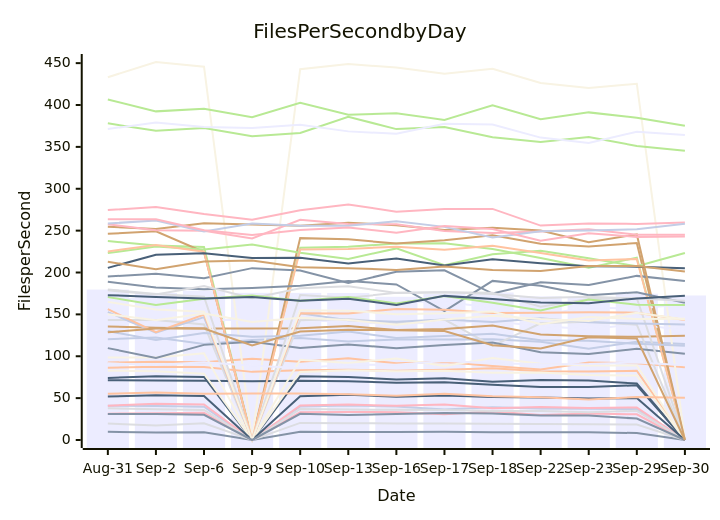
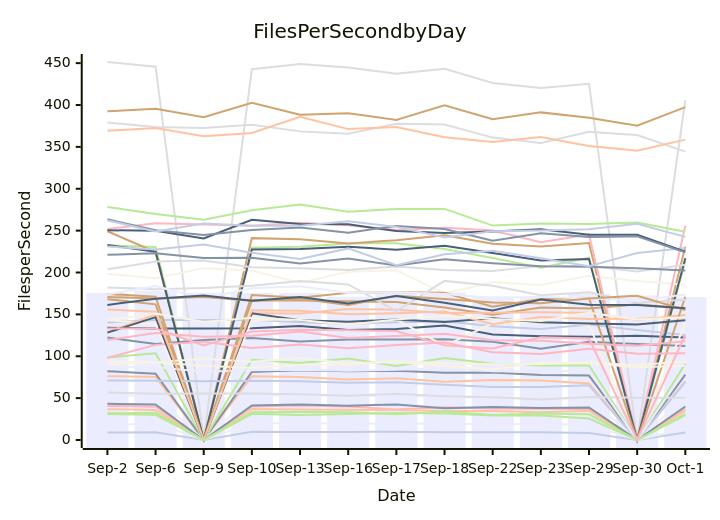
Before and after one commit to streetsidesoftware/cspell: the diagram in perf-report.md, drawn with Mermaid. The commit also changed other lines of this file and 1 other file, not shown here.

````diff
--- a/perf-report.md
+++ b/perf-report.md
@@ -10,56 +10,56 @@
 ```mermaid
 xychart-beta
     title Files Per Second by Day
     y-axis Files per Second
-    x-axis Date [Aug-31, Sep-2, Sep-6, Sep-9, Sep-10, Sep-13, Sep-16, Sep-17, Sep-18, Sep-22, Sep-23, Sep-29, Sep-30]
-    bar [179.62, 175.68, 178.38, 175.73, 175.70, 175.56, 170.99, 174.42, 176.15, 171.49, 170.60, 174.68, 172.58]
-    line [9.81, 8.92, 9.30, 0.00, 9.85, 9.67, 9.68, 9.92, 9.37, 9.23, 9.26, 8.29, 0.00]
-    line [92.49, 93.42, 92.85, 96.99, 93.46, 97.52, 91.70, 93.14, 88.50, 84.12, 92.41, 91.76, 86.84]
-    line [19.78, 17.23, 19.98, 0.00, 20.38, 20.10, 19.75, 19.58, 19.44, 18.99, 18.71, 18.44, 0.00]
-    line [237.57, 232.38, 230.54, 0.00, 229.61, 230.62, 234.72, 234.92, 228.04, 217.32, 205.66, 217.69, 0.00]
-    line [246.15, 249.29, 224.39, 0.00, 241.04, 239.64, 234.60, 238.64, 244.36, 234.31, 230.98, 235.16, 0.00]
-    line [120.42, 122.42, 114.54, 119.33, 121.78, 117.69, 120.09, 120.05, 120.31, 117.43, 109.01, 117.33, 114.51]
-    line [31.46, 31.96, 32.39, 0.00, 33.27, 33.48, 33.18, 30.65, 34.02, 29.87, 31.63, 30.68, 0.00]
-    line [74.15, 76.26, 75.33, 0.00, 76.18, 75.30, 72.34, 73.59, 69.54, 71.59, 70.97, 67.35, 0.00]
-    line [433.22, 451.36, 445.82, 0.00, 442.79, 448.98, 444.77, 437.29, 443.15, 426.39, 420.42, 425.42, 0.00]
-    line [140.70, 140.40, 143.33, 143.38, 143.55, 140.59, 138.57, 140.62, 141.72, 135.93, 132.42, 137.90, 131.39]
-    line [195.27, 198.37, 193.18, 205.21, 202.42, 187.59, 200.94, 202.64, 174.86, 188.42, 184.98, 195.97, 189.74]
-    line [86.32, 87.46, 87.14, 81.35, 83.34, 83.78, 82.79, 83.96, 85.57, 82.01, 81.81, 82.67, 0.00]
-    line [143.16, 143.31, 137.86, 0.00, 143.10, 144.41, 139.70, 143.74, 112.39, 139.33, 141.10, 137.72, 0.00]
-    line [223.20, 230.93, 227.50, 233.38, 223.69, 216.25, 228.77, 208.66, 221.89, 226.09, 216.90, 207.46, 223.39]
-    line [135.44, 134.10, 133.16, 133.12, 133.37, 136.08, 131.30, 132.64, 136.81, 125.88, 123.97, 123.26, 124.35]
-    line [40.88, 40.72, 39.85, 0.00, 39.94, 41.26, 40.08, 36.34, 39.18, 37.74, 37.18, 36.89, 0.00]
-    line [274.59, 278.30, 269.85, 262.88, 274.40, 281.31, 272.54, 275.91, 275.97, 256.03, 258.54, 258.01, 259.58]
-    line [71.44, 71.07, 70.80, 70.10, 70.83, 70.27, 68.51, 69.01, 65.91, 63.15, 63.41, 65.35, 0.00]
-    line [98.42, 98.44, 103.61, 0.00, 95.82, 91.96, 97.25, 88.47, 97.89, 91.06, 89.08, 89.06, 0.00]
-    line [168.59, 168.11, 162.00, 0.00, 166.81, 166.56, 165.69, 164.68, 158.25, 149.51, 158.09, 156.96, 161.98]
-    line [109.73, 98.03, 113.59, 117.23, 110.00, 114.04, 109.51, 113.51, 116.46, 104.81, 102.79, 108.89, 103.13]
-    line [225.22, 232.84, 224.81, 0.00, 227.34, 228.09, 230.87, 227.16, 231.88, 223.22, 214.31, 216.24, 0.00]
-    line [179.72, 174.42, 171.06, 0.00, 173.10, 169.76, 175.73, 176.36, 175.75, 159.14, 168.41, 169.31, 0.00]
-    line [378.12, 369.19, 372.46, 362.58, 366.57, 385.92, 371.23, 373.66, 361.57, 355.78, 361.81, 351.17, 345.43]
-    line [254.64, 251.96, 258.89, 257.30, 255.86, 259.52, 256.30, 250.62, 253.31, 250.10, 236.21, 245.48, 0.00]
-    line [152.77, 128.16, 146.70, 0.00, 151.25, 142.95, 141.14, 143.95, 140.92, 145.29, 140.59, 139.11, 138.01]
-    line [41.01, 43.29, 42.33, 0.00, 41.15, 42.24, 41.01, 42.53, 38.05, 39.43, 38.14, 38.94, 0.00]
-    line [205.56, 221.13, 223.08, 217.30, 217.60, 210.80, 216.66, 208.33, 215.69, 211.15, 207.60, 206.93, 205.06]
-    line [82.69, 82.19, 79.19, 0.00, 81.30, 83.34, 82.19, 82.78, 80.29, 80.65, 77.47, 76.93, 0.00]
-    line [371.32, 379.20, 373.63, 372.65, 376.36, 368.52, 365.71, 377.56, 376.77, 361.09, 354.59, 368.19, 364.07]
-    line [189.02, 182.17, 179.93, 181.55, 184.12, 189.95, 185.74, 153.97, 189.99, 184.11, 172.95, 176.46, 163.78]
-    line [156.20, 128.81, 149.88, 0.00, 151.49, 151.06, 156.36, 155.63, 151.63, 151.94, 152.50, 152.06, 143.32]
-    line [37.79, 36.83, 35.85, 0.00, 37.06, 36.42, 35.98, 35.70, 34.54, 34.55, 33.11, 34.81, 0.00]
-    line [406.57, 392.41, 395.48, 385.49, 402.68, 388.38, 390.24, 382.26, 399.81, 383.04, 391.20, 384.82, 375.34]
-    line [212.85, 203.78, 213.00, 214.26, 206.28, 205.22, 203.09, 207.23, 202.88, 201.82, 207.79, 207.90, 201.29]
-    line [130.04, 119.32, 127.89, 123.29, 124.49, 129.64, 121.66, 124.08, 126.72, 119.08, 118.45, 114.87, 112.49]
-    line [257.53, 250.46, 249.77, 240.66, 262.89, 257.78, 257.49, 249.43, 247.25, 248.88, 251.75, 245.20, 245.06]
-    line [52.00, 53.54, 52.52, 0.00, 52.32, 54.12, 51.77, 53.09, 51.40, 50.85, 49.44, 50.07, 0.00]
-    line [164.92, 155.92, 153.19, 0.00, 155.03, 154.46, 150.27, 151.44, 153.53, 138.23, 146.78, 144.54, 144.66]
-    line [91.57, 89.68, 92.88, 88.59, 86.05, 89.85, 89.86, 94.27, 91.54, 90.45, 90.71, 92.55, 89.39]
-    line [31.04, 30.96, 30.04, 0.00, 31.22, 29.93, 31.17, 32.23, 31.60, 29.23, 29.18, 25.62, 0.00]
-    line [55.19, 56.79, 55.22, 55.40, 55.63, 54.54, 52.86, 55.21, 52.35, 50.94, 48.45, 51.30, 50.59]
-    line [178.67, 173.82, 183.91, 169.15, 181.18, 183.51, 175.60, 176.44, 174.39, 169.65, 170.91, 168.95, 166.28]
-    line [170.61, 161.33, 168.54, 172.61, 166.17, 170.88, 163.08, 171.82, 163.97, 154.58, 167.67, 161.60, 161.14]
-    line [128.57, 133.06, 133.03, 112.77, 129.44, 131.63, 130.97, 130.22, 113.06, 109.25, 122.56, 121.09, 0.00]
-    line [258.50, 262.12, 249.11, 258.37, 255.88, 255.75, 261.30, 254.48, 241.79, 249.14, 250.28, 251.57, 258.18]
-    line [263.63, 263.57, 250.38, 244.75, 250.69, 253.77, 247.48, 255.65, 251.83, 237.98, 246.89, 242.54, 243.09]
-    line [172.99, 170.71, 168.98, 170.63, 166.15, 168.68, 161.23, 172.09, 168.48, 164.20, 163.31, 169.03, 172.29]
-    line [150.29, 143.06, 151.08, 140.90, 145.94, 143.19, 137.67, 143.95, 148.30, 144.49, 142.14, 152.04, 143.84]
+    x-axis Date [Sep-2, Sep-6, Sep-9, Sep-10, Sep-13, Sep-16, Sep-17, Sep-18, Sep-22, Sep-23, Sep-29, Sep-30, Oct-1]
+    bar [175.68, 178.38, 175.73, 175.70, 175.56, 170.99, 174.42, 176.15, 171.49, 170.60, 174.68, 172.58, 170.62]
+    line [122.42, 114.54, 119.33, 121.78, 117.69, 120.09, 120.05, 120.31, 117.43, 109.01, 117.33, 114.51, 112.29]
+    line [76.26, 75.33, 0.00, 76.18, 75.30, 72.34, 73.59, 69.54, 71.59, 70.97, 67.35, 0.00, 70.29]
+    line [451.36, 445.82, 0.00, 442.79, 448.98, 444.77, 437.29, 443.15, 426.39, 420.42, 425.42, 0.00, 405.76]
+    line [232.38, 230.54, 0.00, 229.61, 230.62, 234.72, 234.92, 228.04, 217.32, 205.66, 217.69, 0.00, 214.10]
+    line [249.29, 224.39, 0.00, 241.04, 239.64, 234.60, 238.64, 244.36, 234.31, 230.98, 235.16, 0.00, 230.90]
+    line [8.92, 9.30, 0.00, 9.85, 9.67, 9.68, 9.92, 9.37, 9.23, 9.26, 8.29, 0.00, 8.90]
+    line [40.72, 39.85, 0.00, 39.94, 41.26, 40.08, 36.34, 39.18, 37.74, 37.18, 36.89, 0.00, 37.27]
+    line [134.10, 133.16, 133.12, 133.37, 136.08, 131.30, 132.64, 136.81, 125.88, 123.97, 123.26, 124.35, 122.36]
+    line [198.37, 193.18, 205.21, 202.42, 187.59, 200.94, 202.64, 174.86, 188.42, 184.98, 195.97, 189.74, 185.35]
+    line [17.23, 19.98, 0.00, 20.38, 20.10, 19.75, 19.58, 19.44, 18.99, 18.71, 18.44, 0.00, 13.99]
+    line [82.19, 79.19, 0.00, 81.30, 83.34, 82.19, 82.78, 80.29, 80.65, 77.47, 76.93, 0.00, 78.07]
+    line [36.83, 35.85, 0.00, 37.06, 36.42, 35.98, 35.70, 34.54, 34.55, 33.11, 34.81, 0.00, 35.17]
+    line [379.20, 373.63, 372.65, 376.36, 368.52, 365.71, 377.56, 376.77, 361.09, 354.59, 368.19, 364.07, 344.36]
+    line [98.44, 103.61, 0.00, 95.82, 91.96, 97.25, 88.47, 97.89, 91.06, 89.08, 89.06, 0.00, 90.96]
+    line [168.11, 162.00, 0.00, 166.81, 166.56, 165.69, 164.68, 158.25, 149.51, 158.09, 156.96, 161.98, 156.93]
+    line [140.40, 143.33, 143.38, 143.55, 140.59, 138.57, 140.62, 141.72, 135.93, 132.42, 137.90, 131.39, 125.40]
+    line [251.96, 258.89, 257.30, 255.86, 259.52, 256.30, 250.62, 253.31, 250.10, 236.21, 245.48, 0.00, 255.93]
+    line [232.84, 224.81, 0.00, 227.34, 228.09, 230.87, 227.16, 231.88, 223.22, 214.31, 216.24, 0.00, 216.91]
+    line [143.31, 137.86, 0.00, 143.10, 144.41, 139.70, 143.74, 112.39, 139.33, 141.10, 137.72, 0.00, 139.61]
+    line [53.54, 52.52, 0.00, 52.32, 54.12, 51.77, 53.09, 51.40, 50.85, 49.44, 50.07, 0.00, 50.63]
+    line [43.29, 42.33, 0.00, 41.15, 42.24, 41.01, 42.53, 38.05, 39.43, 38.14, 38.94, 0.00, 39.96]
+    line [128.81, 149.88, 0.00, 151.49, 151.06, 156.36, 155.63, 151.63, 151.94, 152.50, 152.06, 143.32, 149.19]
+    line [203.78, 213.00, 214.26, 206.28, 205.22, 203.09, 207.23, 202.88, 201.82, 207.79, 207.90, 201.29, 209.19]
+    line [278.30, 269.85, 262.88, 274.40, 281.31, 272.54, 275.91, 275.97, 256.03, 258.54, 258.01, 259.58, 248.67]
+    line [174.42, 171.06, 0.00, 173.10, 169.76, 175.73, 176.36, 175.75, 159.14, 168.41, 169.31, 0.00, 170.99]
+    line [71.07, 70.80, 70.10, 70.83, 70.27, 68.51, 69.01, 65.91, 63.15, 63.41, 65.35, 0.00, 69.02]
+    line [98.03, 113.59, 117.23, 110.00, 114.04, 109.51, 113.51, 116.46, 104.81, 102.79, 108.89, 103.13, 103.52]
+    line [128.16, 146.70, 0.00, 151.25, 142.95, 141.14, 143.95, 140.92, 145.29, 140.59, 139.11, 138.01, 142.88]
+    line [93.42, 92.85, 96.99, 93.46, 97.52, 91.70, 93.14, 88.50, 84.12, 92.41, 91.76, 86.84, 88.64]
+    line [87.46, 87.14, 81.35, 83.34, 83.78, 82.79, 83.96, 85.57, 82.01, 81.81, 82.67, 0.00, 83.49]
+    line [221.13, 223.08, 217.30, 217.60, 210.80, 216.66, 208.33, 215.69, 211.15, 207.60, 206.93, 205.06, 202.44]
+    line [369.19, 372.46, 362.58, 366.57, 385.92, 371.23, 373.66, 361.57, 355.78, 361.81, 351.17, 345.43, 358.65]
+    line [182.17, 179.93, 181.55, 184.12, 189.95, 185.74, 153.97, 189.99, 184.11, 172.95, 176.46, 163.78, 167.39]
+    line [31.96, 32.39, 0.00, 33.27, 33.48, 33.18, 30.65, 34.02, 29.87, 31.63, 30.68, 0.00, 31.32]
+    line [392.41, 395.48, 385.49, 402.68, 388.38, 390.24, 382.26, 399.81, 383.04, 391.20, 384.82, 375.34, 397.41]
+    line [230.93, 227.50, 233.38, 223.69, 216.25, 228.77, 208.66, 221.89, 226.09, 216.90, 207.46, 223.39, 229.16]
+    line [119.32, 127.89, 123.29, 124.49, 129.64, 121.66, 124.08, 126.72, 119.08, 118.45, 114.87, 112.49, 118.05]
+    line [250.46, 249.77, 240.66, 262.89, 257.78, 257.49, 249.43, 247.25, 248.88, 251.75, 245.20, 245.06, 224.85]
+    line [89.68, 92.88, 88.59, 86.05, 89.85, 89.86, 94.27, 91.54, 90.45, 90.71, 92.55, 89.39, 93.96]
+    line [173.82, 183.91, 169.15, 181.18, 183.51, 175.60, 176.44, 174.39, 169.65, 170.91, 168.95, 166.28, 173.86]
+    line [263.57, 250.38, 244.75, 250.69, 253.77, 247.48, 255.65, 251.83, 237.98, 246.89, 242.54, 243.09, 224.03]
+    line [155.92, 153.19, 0.00, 155.03, 154.46, 150.27, 151.44, 153.53, 138.23, 146.78, 144.54, 144.66, 146.29]
+    line [56.79, 55.22, 55.40, 55.63, 54.54, 52.86, 55.21, 52.35, 50.94, 48.45, 51.30, 50.59, 50.58]
+    line [30.96, 30.04, 0.00, 31.22, 29.93, 31.17, 32.23, 31.60, 29.23, 29.18, 25.62, 0.00, 29.72]
+    line [170.71, 168.98, 170.63, 166.15, 168.68, 161.23, 172.09, 168.48, 164.20, 163.31, 169.03, 172.29, 155.24]
+    line [262.12, 249.11, 258.37, 255.88, 255.75, 261.30, 254.48, 241.79, 249.14, 250.28, 251.57, 258.18, 242.58]
+    line [133.06, 133.03, 112.77, 129.44, 131.63, 130.97, 130.22, 113.06, 109.25, 122.56, 121.09, 0.00, 125.59]
+    line [161.33, 168.54, 172.61, 166.17, 170.88, 163.08, 171.82, 163.97, 154.58, 167.67, 161.60, 161.14, 157.44]
+    line [143.06, 151.08, 140.90, 145.94, 143.19, 137.67, 143.95, 148.30, 144.49, 142.14, 152.04, 143.84, 146.29]
 ```
````
